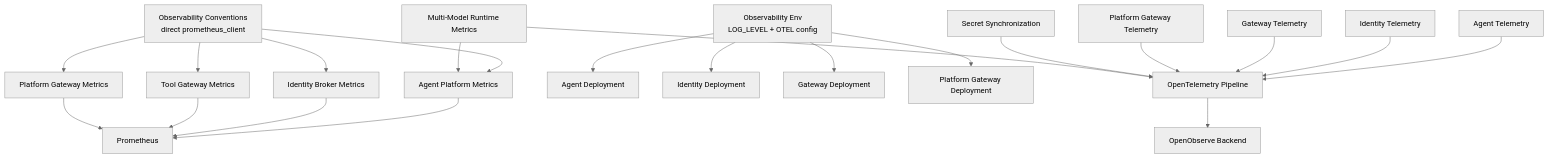
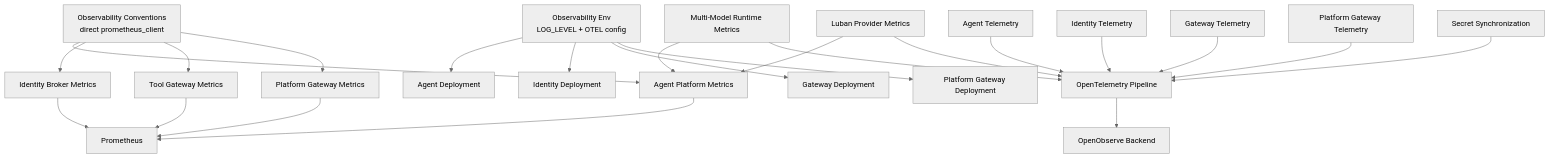
Before and after one commit to metasync/luban-aiops: diagram 12 of 12 in .qoder/repowiki/en/content/Monitoring and Observability/Monitoring and Observability.md, drawn with Mermaid (neutral theme). The commit also changed other lines of this file and 7 other files, not shown here.

````diff
--- a/.qoder/repowiki/en/content/Monitoring and Observability/Monitoring and Observability.md
+++ b/.qoder/repowiki/en/content/Monitoring and Observability/Monitoring and Observability.md
@@ -622,23 +661,25 @@
 ```mermaid
 graph TB
 OC["Observability Conventions<br/>direct prometheus_client"] --> AP_METRICS["Agent Platform Metrics"]
 OC --> IB_METRICS["Identity Broker Metrics"]
 OC --> TG_METRICS["Tool Gateway Metrics"]
 OC --> PG_METRICS["Platform Gateway Metrics"]
 ENV["Observability Env<br/>LOG_LEVEL + OTEL config"] --> AP_DEP["Agent Deployment"]
 ENV --> IB_DEP["Identity Deployment"]
 ENV --> TG_DEP["Gateway Deployment"]
 ENV --> PG_DEP["Platform Gateway Deployment"]
 AP_METRICS --> PROM["Prometheus"]
 IB_METRICS --> PROM
 TG_METRICS --> PROM
 PG_METRICS --> PROM
 OTEL["OpenTelemetry Pipeline"] --> OO["OpenObserve Backend"]
 AP_TELEMETRY["Agent Telemetry"] --> OTEL
 IB_TELEMETRY["Identity Telemetry"] --> OTEL
 TG_TELEMETRY["Gateway Telemetry"] --> OTEL
 PG_TELEMETRY["Platform Gateway Telemetry"] --> OTEL
 SECRET_SYNC["Secret Synchronization"] --> OTEL
 MULTI_MODEL["Multi-Model Runtime Metrics"] --> AP_METRICS
 MULTI_MODEL --> OTEL
+LUBAN_PROVIDER["Luban Provider Metrics"] --> AP_METRICS
+LUBAN_PROVIDER --> OTEL
 ```
````
